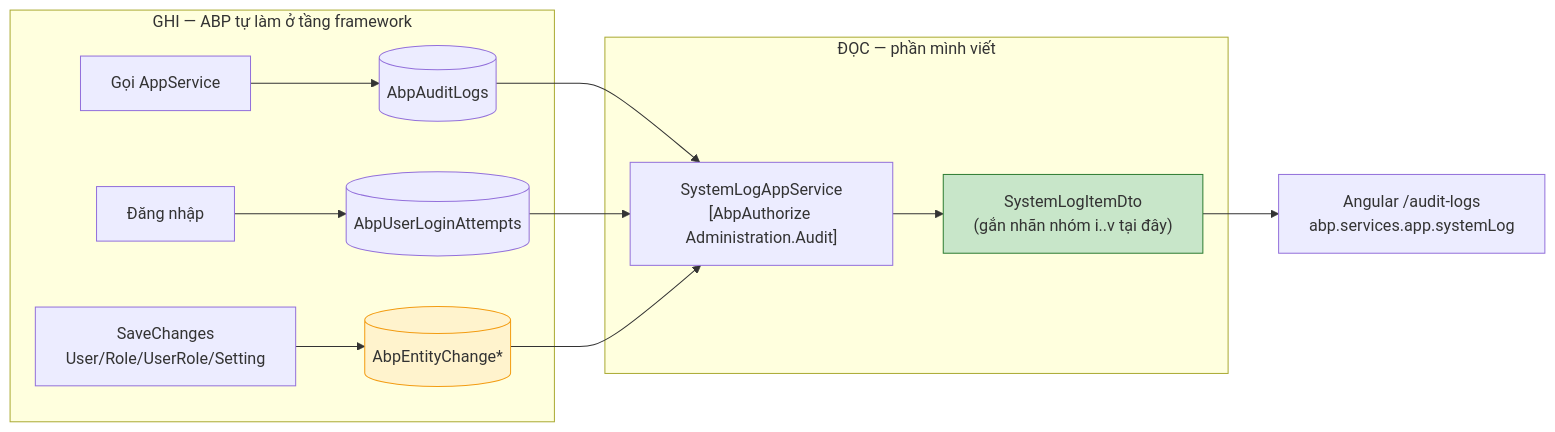
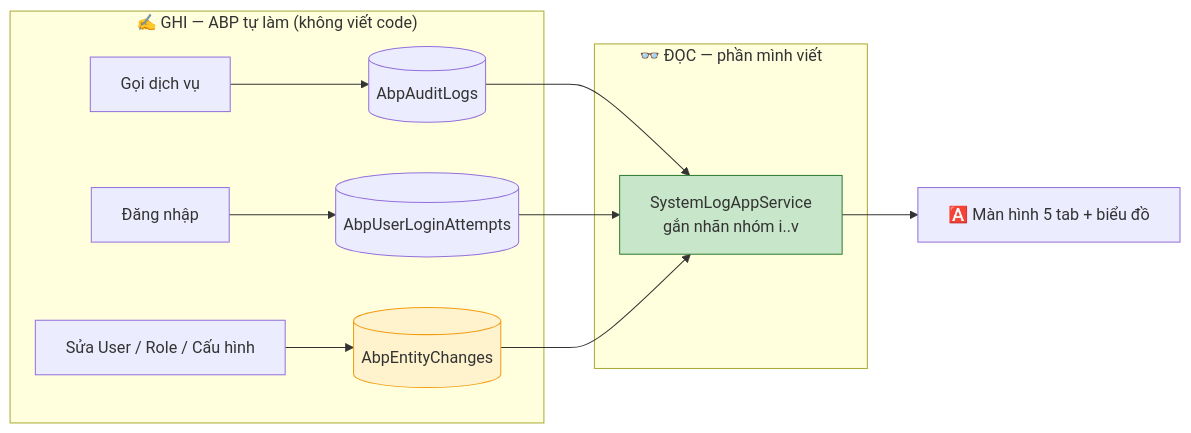
One commit to giangvanhung/mkdocs-antoanbaomat-ekmapserver changed the first of 2 diagrams in docs/system-log-classification-feature.md. Above: the diagram before and after it, drawn with Mermaid. The commit also changed other lines of this file and 6 other files, not shown here.

````diff
--- a/docs/system-log-classification-feature.md
+++ b/docs/system-log-classification-feature.md
@@ -33,20 +17,17 @@
 ```mermaid
 flowchart LR
-    subgraph GHI["GHI — ABP tự làm ở tầng framework"]
-        A1["Gọi AppService"] --> S1[("AbpAuditLogs")]
+    subgraph GHI["✍️ GHI — ABP tự làm (không viết code)"]
+        A1["Gọi dịch vụ"] --> S1[("AbpAuditLogs")]
         A2["Đăng nhập"] --> S2[("AbpUserLoginAttempts")]
-        A3["SaveChanges<br/>User/Role/UserRole/Setting"] --> S3[("AbpEntityChange*")]
+        A3["Sửa User / Role / Cấu hình"] --> S3[("AbpEntityChanges")]
     end
-
-    subgraph DOC["ĐỌC — phần mình viết"]
-        S1 --> Q["SystemLogAppService<br/>[AbpAuthorize Administration.Audit]"]
+    subgraph DOC["👓 ĐỌC — phần mình viết"]
+        S1 --> Q["SystemLogAppService<br/>gắn nhãn nhóm i..v"]
         S2 --> Q
         S3 --> Q
-        Q --> D["SystemLogItemDto<br/>(gắn nhãn nhóm i..v tại đây)"]
     end
-
-    D --> NG["Angular /audit-logs<br/>abp.services.app.systemLog"]
+    Q --> NG["🅰️ Màn hình 5 tab + biểu đồ"]
 
     style S3 fill:#fff3cd,stroke:#f39c12
-    style D fill:#c8e6c9,stroke:#2e7d32
+    style Q fill:#c8e6c9,stroke:#2e7d32
 ```
````
